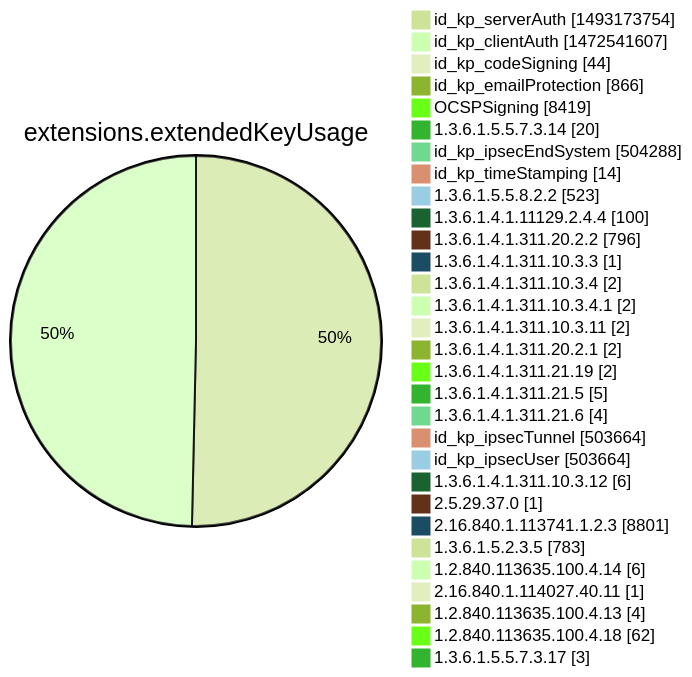
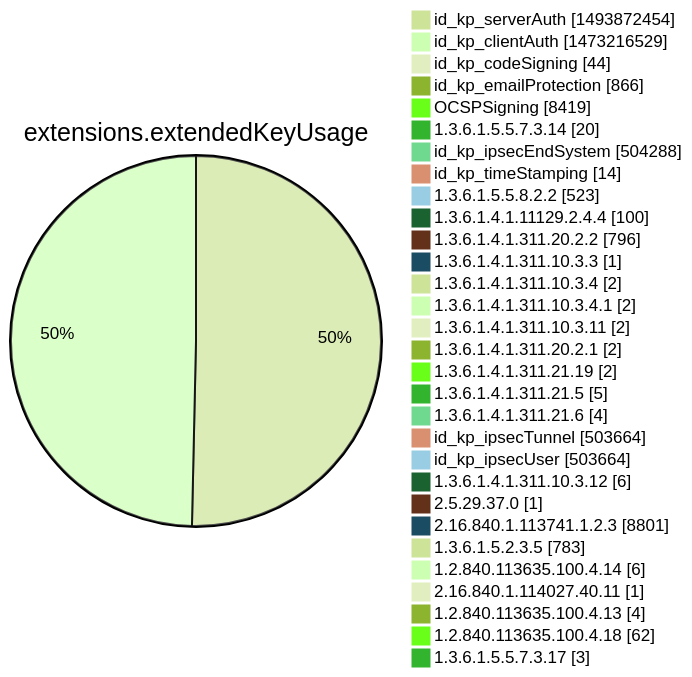
Diagram 12 of 15 in argon2022/README.md (christiankrug/ctmonitor_visualization), drawn with Mermaid (forest theme) before and after one commit. The commit also changed other lines of this file, not shown here.

````diff
--- a/argon2022/README.md
+++ b/argon2022/README.md
@@ -3555,34 +3555,34 @@
 ```mermaid
 pie showData
 title extensions.extendedKeyUsage
-"id_kp_serverAuth" :1493173754
-"id_kp_clientAuth" :1472541607
+"id_kp_serverAuth" :1493872454
+"id_kp_clientAuth" :1473216529
 "id_kp_codeSigning" :44
 "id_kp_emailProtection" :866
 "OCSPSigning" :8419
 "1.3.6.1.5.5.7.3.14" :20
 "id_kp_ipsecEndSystem" :504288
 "id_kp_timeStamping" :14
 "1.3.6.1.5.5.8.2.2" :523
 "1.3.6.1.4.1.11129.2.4.4" :100
 "1.3.6.1.4.1.311.20.2.2" :796
 "1.3.6.1.4.1.311.10.3.3" :1
 "1.3.6.1.4.1.311.10.3.4" :2
 "1.3.6.1.4.1.311.10.3.4.1" :2
 "1.3.6.1.4.1.311.10.3.11" :2
 "1.3.6.1.4.1.311.20.2.1" :2
 "1.3.6.1.4.1.311.21.19" :2
 "1.3.6.1.4.1.311.21.5" :5
 "1.3.6.1.4.1.311.21.6" :4
 "id_kp_ipsecTunnel" :503664
 "id_kp_ipsecUser" :503664
 "1.3.6.1.4.1.311.10.3.12" :6
 "2.5.29.37.0" :1
 "2.16.840.1.113741.1.2.3" :8801
 "1.3.6.1.5.2.3.5" :783
 "1.2.840.113635.100.4.14" :6
 "2.16.840.1.114027.40.11" :1
 "1.2.840.113635.100.4.13" :4
 "1.2.840.113635.100.4.18" :62
 "1.3.6.1.5.5.7.3.17" :3
 ```
````
